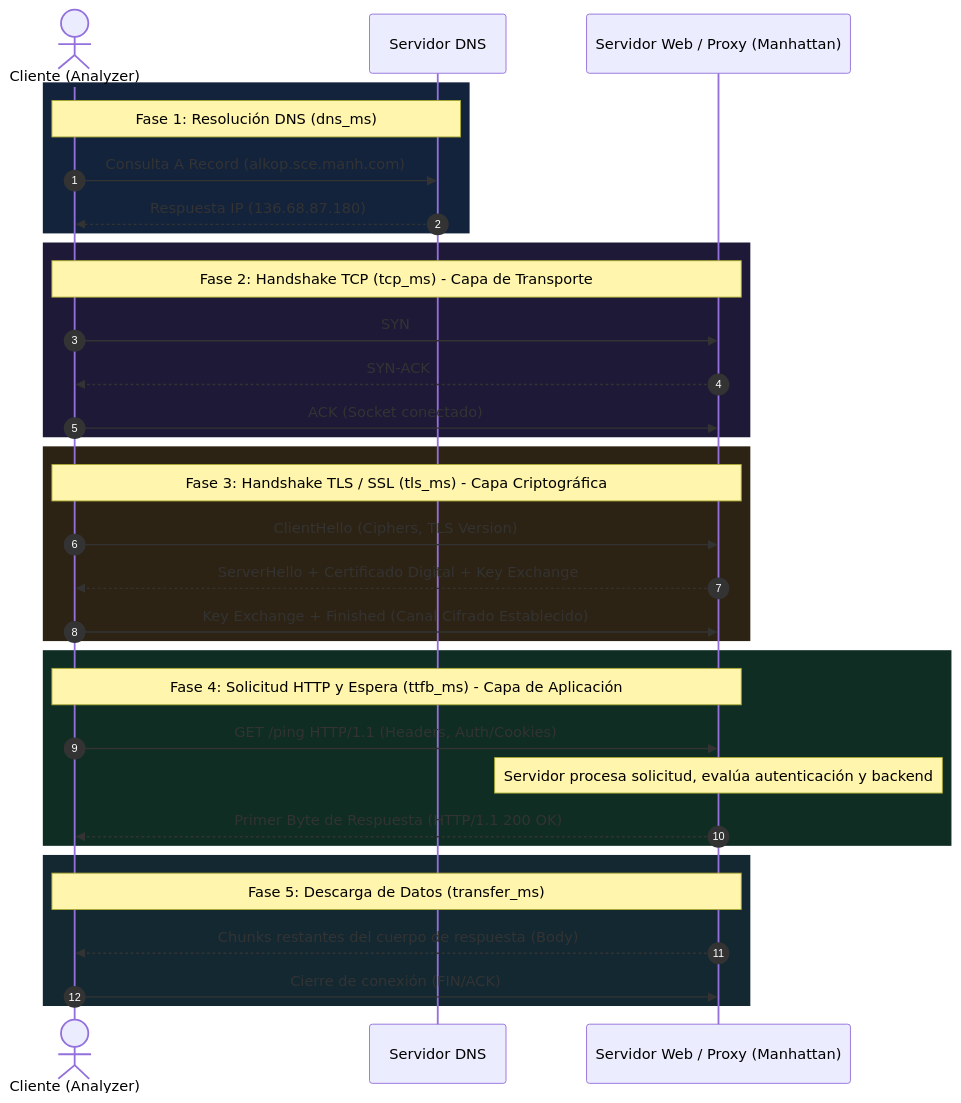
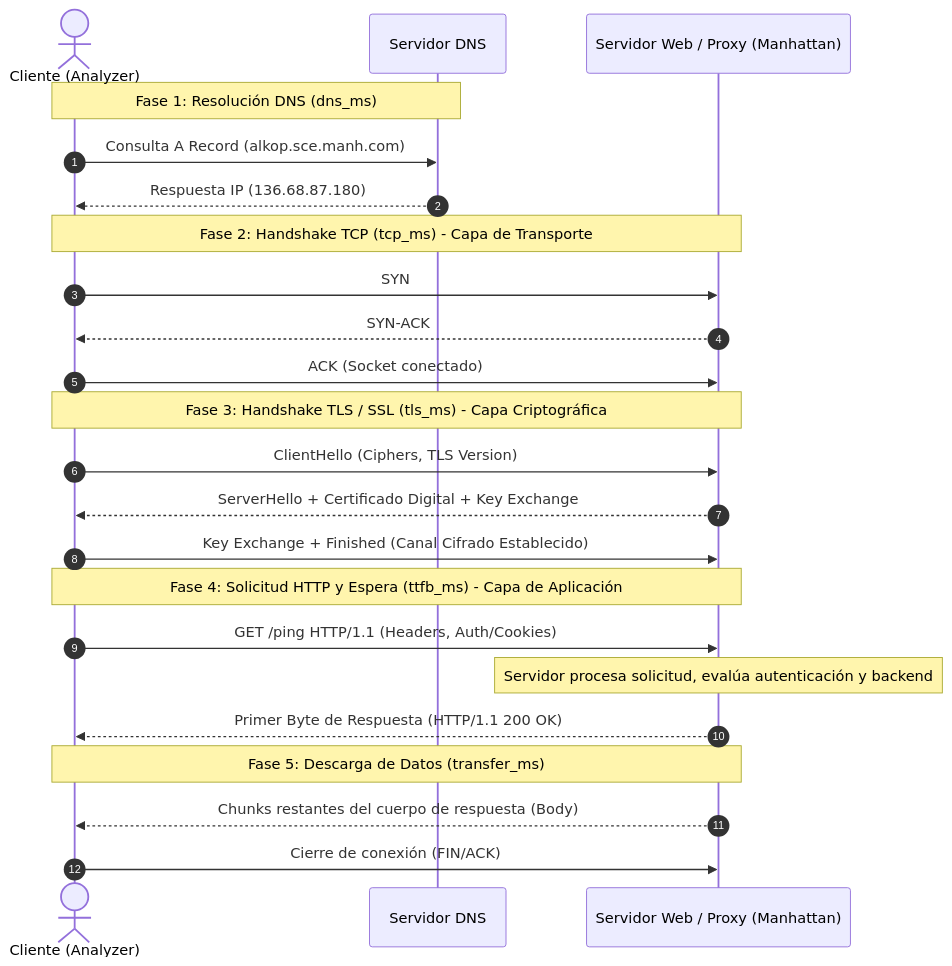
Before and after one commit to ccelypulido/Latencia_Manhattan: the diagram in README.md, drawn with Mermaid.

Commit message:
style: optimizar contraste de diagrama Mermaid para modo claro y oscuro

````diff
--- a/README.md
+++ b/README.md
@@ -39,40 +39,30 @@
 ```mermaid
 sequenceDiagram
     autonumber
     actor Cliente as Cliente (Analyzer)
     participant DNS as Servidor DNS
     participant Servidor as Servidor Web / Proxy (Manhattan)
     
-    rect rgb(20, 35, 60)
     Note over Cliente,DNS: Fase 1: Resolución DNS (dns_ms)
     Cliente->>DNS: Consulta A Record (alkop.sce.manh.com)
     DNS-->>Cliente: Respuesta IP (136.68.87.180)
-    end
 
-    rect rgb(30, 25, 55)
     Note over Cliente,Servidor: Fase 2: Handshake TCP (tcp_ms) - Capa de Transporte
     Cliente->>Servidor: SYN
     Servidor-->>Cliente: SYN-ACK
     Cliente->>Servidor: ACK (Socket conectado)
-    end
 
-    rect rgb(45, 35, 20)
     Note over Cliente,Servidor: Fase 3: Handshake TLS / SSL (tls_ms) - Capa Criptográfica
     Cliente->>Servidor: ClientHello (Ciphers, TLS Version)
     Servidor-->>Cliente: ServerHello + Certificado Digital + Key Exchange
     Cliente->>Servidor: Key Exchange + Finished (Canal Cifrado Establecido)
-    end
 
-    rect rgb(15, 45, 35)
     Note over Cliente,Servidor: Fase 4: Solicitud HTTP y Espera (ttfb_ms) - Capa de Aplicación
     Cliente->>Servidor: GET /ping HTTP/1.1 (Headers, Auth/Cookies)
     Note over Servidor: Servidor procesa solicitud, evalúa autenticación y backend
     Servidor-->>Cliente: Primer Byte de Respuesta (HTTP/1.1 200 OK)
-    end
 
-    rect rgb(20, 40, 50)
     Note over Cliente,Servidor: Fase 5: Descarga de Datos (transfer_ms)
     Servidor-->>Cliente: Chunks restantes del cuerpo de respuesta (Body)
     Cliente->>Servidor: Cierre de conexión (FIN/ACK)
-    end
 ```
````
